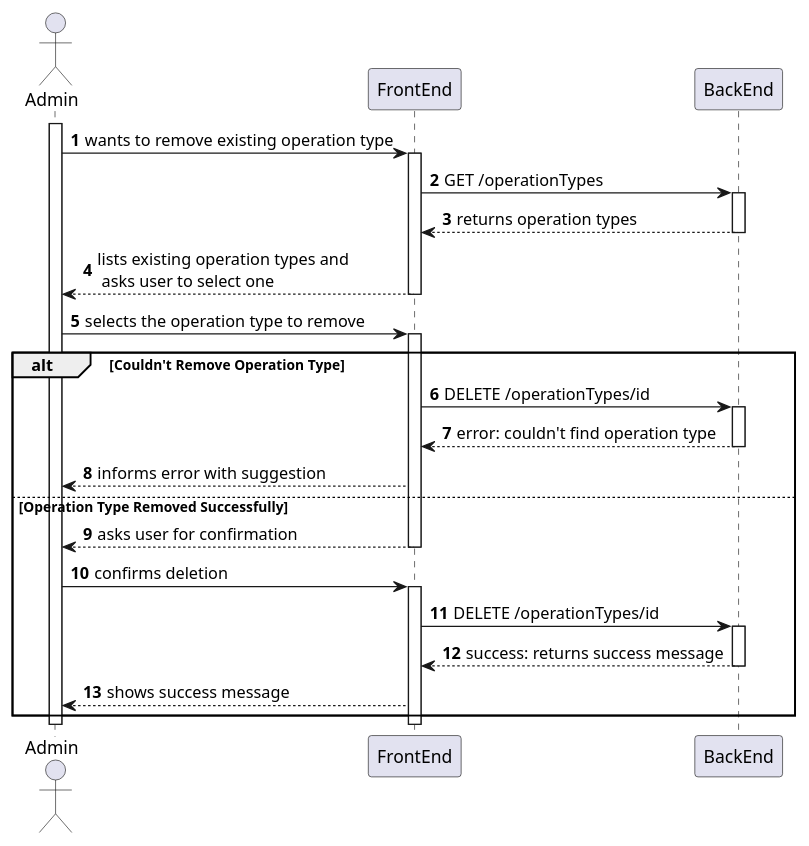
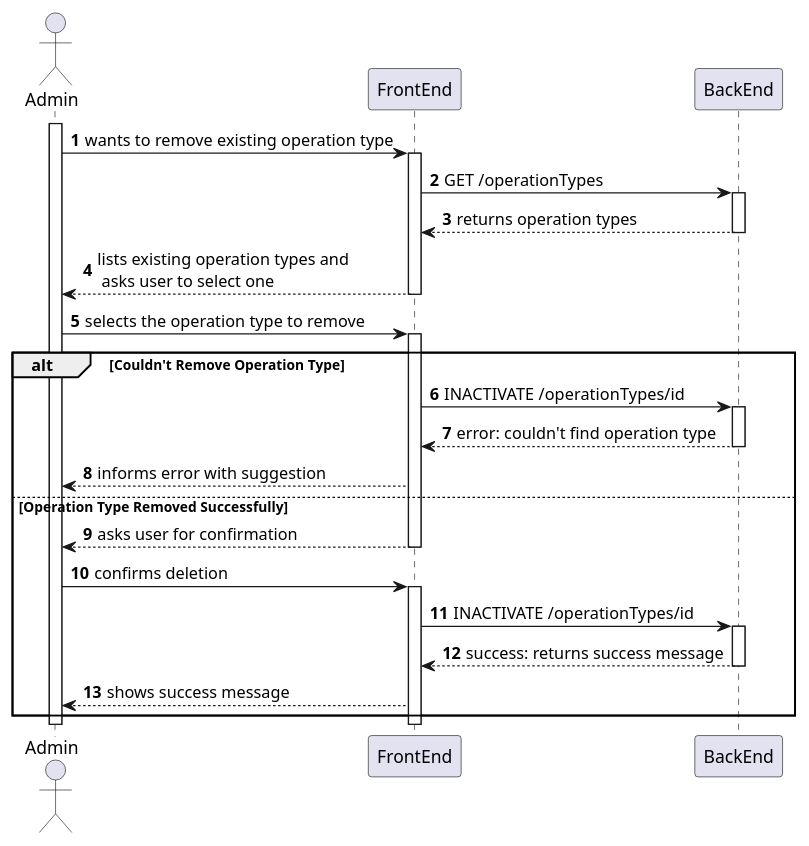
The diagram in docs/SprintA/39-remove-operation-types/level2/process-view.puml (MiguelCardoso77/SurgicalSync-BackEnd), drawn with PlantUML before and after one commit. The commit also changed 3 other files, not shown here.

```diff
--- a/docs/SprintA/39-remove-operation-types/level2/process-view.puml
+++ b/docs/SprintA/39-remove-operation-types/level2/process-view.puml
@@ -1,56 +1,56 @@
 @startuml
 autonumber
 
 actor "Admin" as USER
 
 participant "FrontEnd" as FE
 participant "BackEnd" as BE
 
 activate USER
 
     USER -> FE : wants to remove existing operation type
     activate FE
     
         FE -> BE : GET /operationTypes
         activate BE
         
             BE --> FE : returns operation types
         deactivate BE
     
         FE --> USER : lists existing operation types and \n asks user to select one
     deactivate FE
 
     USER -> FE : selects the operation type to remove
     activate FE
     
         alt Couldn't Remove Operation Type
            
-        FE -> BE : DELETE /operationTypes/id
+        FE -> BE : INACTIVATE /operationTypes/id
         activate BE
         
             BE --> FE : error: couldn't find operation type
         deactivate BE 
         FE --> USER : informs error with suggestion
         
         else Operation Type Removed Successfully
         
     FE --> USER : asks user for confirmation
     deactivate FE
     
         USER -> FE : confirms deletion
     activate FE
         
-        FE -> BE : DELETE /operationTypes/id
+        FE -> BE : INACTIVATE /operationTypes/id
         activate BE
         
             BE --> FE : success: returns success message
         deactivate BE
         FE --> USER : shows success message
         
         end
         
     deactivate FE
             
 deactivate USER
 
 @enduml
```
